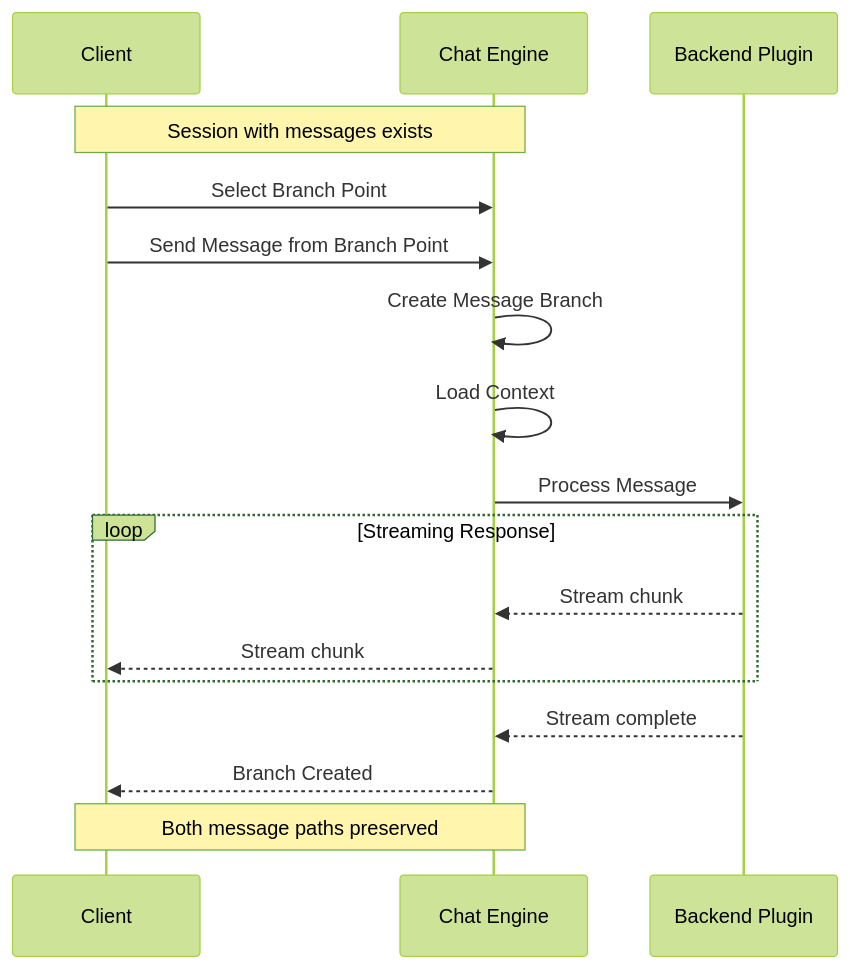
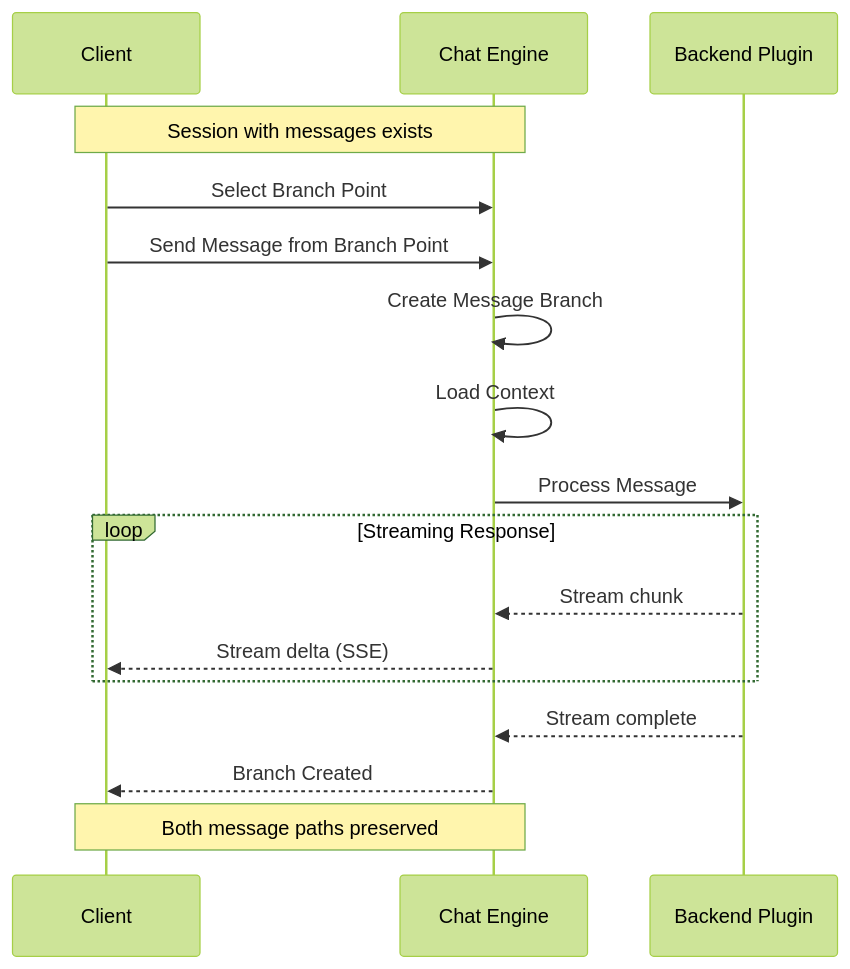
The seventh of 16 diagrams in gears/chat-engine/docs/DESIGN.md (constructorfabric/gears-rust), drawn with Mermaid (forest theme) before and after one commit. The commit also changed other lines of this file and 1 other file, not shown here.

Commit message:
design SSE delta streaming protocol + resume

````diff
--- a/gears/chat-engine/docs/DESIGN.md
+++ b/gears/chat-engine/docs/DESIGN.md
@@ -894,25 +945,25 @@
 ```mermaid
 sequenceDiagram
     participant Client
     participant Chat Engine
     participant Backend Plugin
 
     Note over Client,Chat Engine: Session with messages exists
 
     Client->>Chat Engine: Select Branch Point
     Client->>Chat Engine: Send Message from Branch Point
 
     Chat Engine->>Chat Engine: Create Message Branch
     Chat Engine->>Chat Engine: Load Context
     Chat Engine->>Backend Plugin: Process Message
 
     loop Streaming Response
         Backend Plugin-->>Chat Engine: Stream chunk
-        Chat Engine-->>Client: Stream chunk
+        Chat Engine-->>Client: Stream delta (SSE)
     end
 
     Backend Plugin-->>Chat Engine: Stream complete
     Chat Engine-->>Client: Branch Created
 
     Note over Client,Chat Engine: Both message paths preserved
 ```
````
